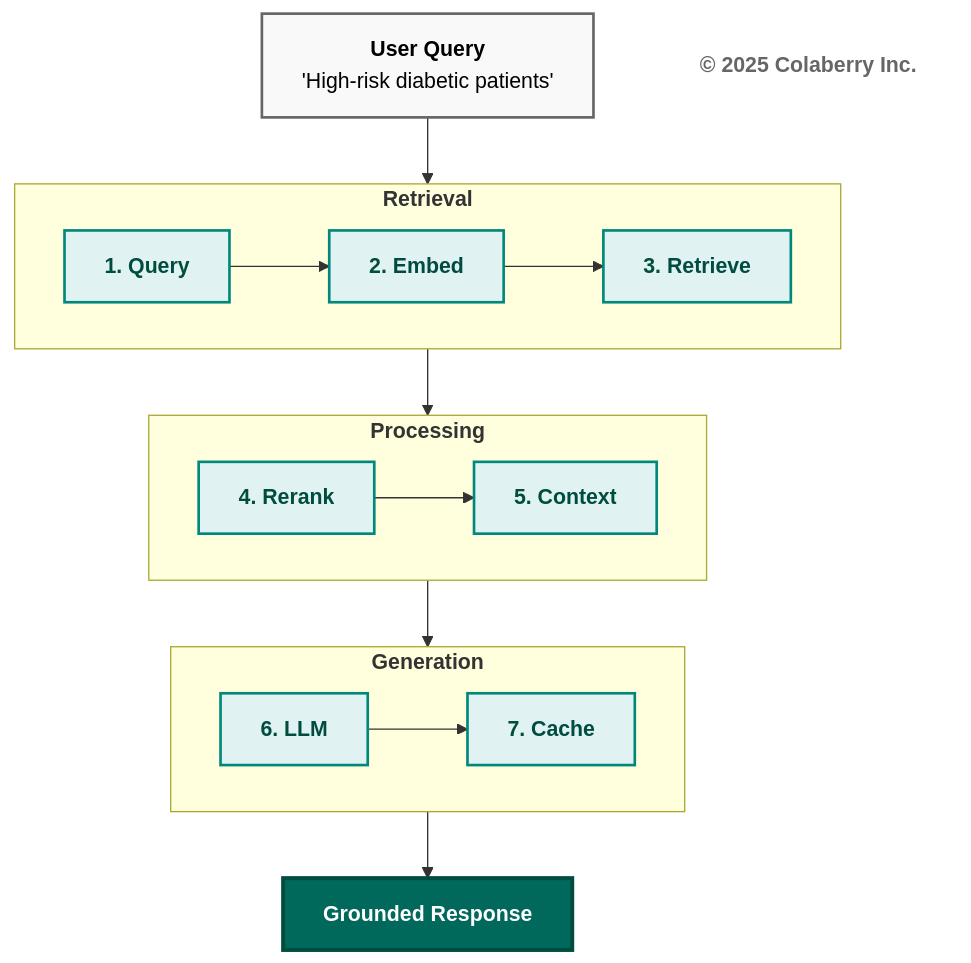
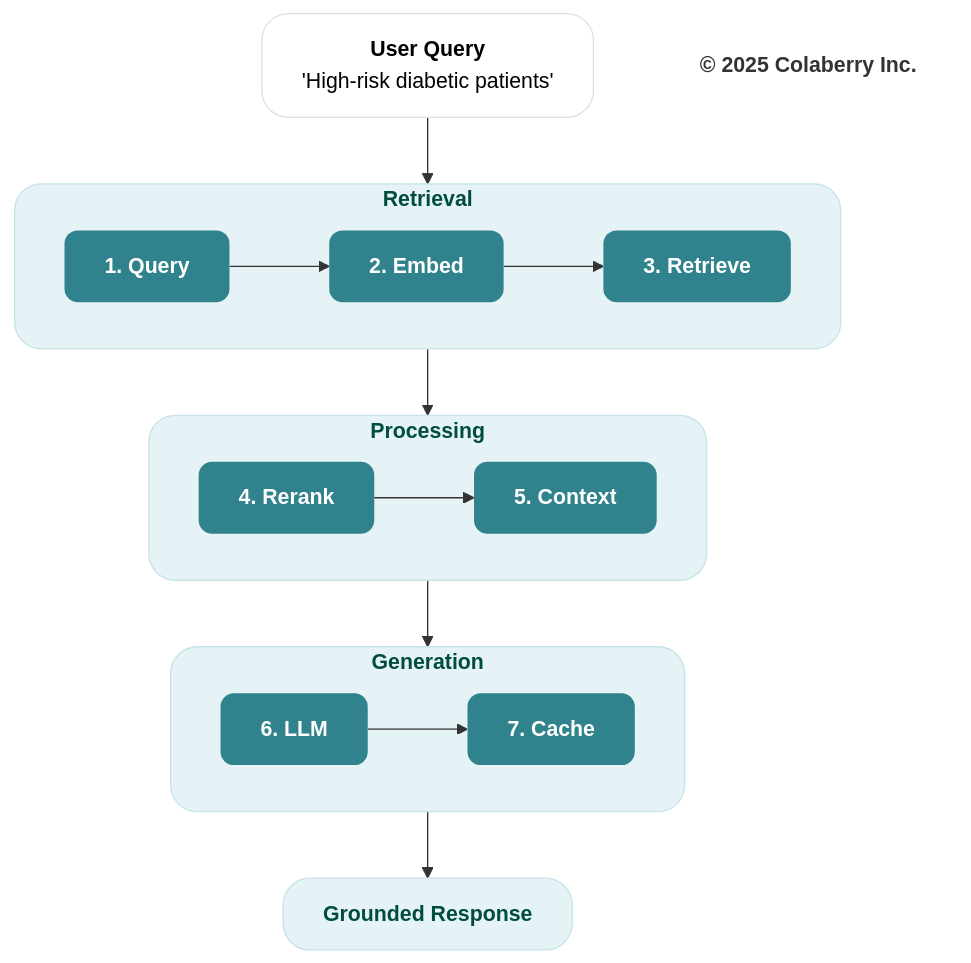
Before and after one commit to saitejesh-cyber/trust-before-intelligence-book: the seventh of 13 diagrams in manuscript/06_chapter_5_intelligence_layers.md, drawn with Mermaid. The commit also changed other lines of this file and 7 other files, not shown here.

Commit message:
Chapter 6to13: Updated mermaid diagrams based on new colaberry color code

````diff
--- a/manuscript/06_chapter_5_intelligence_layers.md
+++ b/manuscript/06_chapter_5_intelligence_layers.md
@@ -567,39 +574,42 @@
 ```mermaid
 graph TB
     Q["<b>User Query</b><br/>'High-risk diabetic patients'"]
     
     subgraph ROW1["<b>Retrieval</b>"]
         direction LR
         S1["<b>1. Query</b>"] --> S2["<b>2. Embed</b>"] --> S3["<b>3. Retrieve</b>"]
     end
     
     subgraph ROW2["<b>Processing</b>"]
         direction LR
         S4["<b>4. Rerank</b>"] --> S5["<b>5. Context</b>"]
     end
     
     subgraph ROW3["<b>Generation</b>"]
         direction LR
         S6["<b>6. LLM</b>"] --> S7["<b>7. Cache</b>"]
     end
     
     RESULT["<b>Grounded Response</b>"]
     
     Q --> ROW1
     ROW1 --> ROW2
     ROW2 --> ROW3
     ROW3 --> RESULT
     
     Copyright["<b>© 2025 Colaberry Inc.</b>"]
     
-    style Q fill:#f9f9f9,stroke:#666666,stroke-width:2px,color:#000000
-    style S1 fill:#e0f2f1,stroke:#00897b,stroke-width:2px,color:#004d40
-    style S2 fill:#e0f2f1,stroke:#00897b,stroke-width:2px,color:#004d40
-    style S3 fill:#e0f2f1,stroke:#00897b,stroke-width:2px,color:#004d40
-    style S4 fill:#e0f2f1,stroke:#00897b,stroke-width:2px,color:#004d40
-    style S5 fill:#e0f2f1,stroke:#00897b,stroke-width:2px,color:#004d40
-    style S6 fill:#e0f2f1,stroke:#00897b,stroke-width:2px,color:#004d40
-    style S7 fill:#e0f2f1,stroke:#00897b,stroke-width:2px,color:#004d40
-    style RESULT fill:#00695c,color:#ffffff,stroke:#004d40,stroke-width:3px
-    style Copyright fill:#ffffff,stroke:none,color:#666666
+    style Q fill:#ffffff,stroke:#e0e0e0,stroke-width:1px,color:#000000,rx:20,ry:20
+    style S1 fill:#30838C,stroke:none,color:#ffffff,rx:10,ry:10
+    style S2 fill:#30838C,stroke:none,color:#ffffff,rx:10,ry:10
+    style S3 fill:#30838C,stroke:none,color:#ffffff,rx:10,ry:10
+    style S4 fill:#30838C,stroke:none,color:#ffffff,rx:10,ry:10
+    style S5 fill:#30838C,stroke:none,color:#ffffff,rx:10,ry:10
+    style S6 fill:#30838C,stroke:none,color:#ffffff,rx:10,ry:10
+    style S7 fill:#30838C,stroke:none,color:#ffffff,rx:10,ry:10
+    style RESULT fill:#e6f3f6,stroke:#c7e3ea,stroke-width:1px,color:#004d40,rx:20,ry:20
+    style Copyright fill:none,stroke:none,color:#333333
+    style ROW1 fill:#e6f3f6,stroke:#c7e3ea,stroke-width:1px,color:#004d40,rx:20,ry:20
+    style ROW2 fill:#e6f3f6,stroke:#c7e3ea,stroke-width:1px,color:#004d40,rx:20,ry:20
+    style ROW3 fill:#e6f3f6,stroke:#c7e3ea,stroke-width:1px,color:#004d40,rx:20,ry:20
 ```
````
